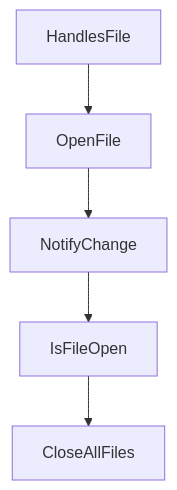
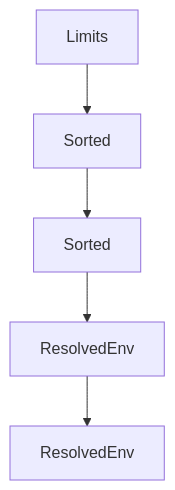
The diagram in tutorials/crush-tutorial/02-architecture-and-session-model.md (johnxie/awesome-code-docs), drawn with Mermaid before and after one commit. The commit also changed other lines of this file and 1232 other files, not shown here.

````diff
--- a/tutorials/crush-tutorial/02-architecture-and-session-model.md
+++ b/tutorials/crush-tutorial/02-architecture-and-session-model.md
@@ -230,12 +228,12 @@
 ```mermaid
 flowchart TD
-    A[HandlesFile]
-    B[OpenFile]
-    C[NotifyChange]
-    D[IsFileOpen]
-    E[CloseAllFiles]
+    A[Limits]
+    B[Sorted]
+    C[Sorted]
+    D[ResolvedEnv]
+    E[ResolvedEnv]
     A --> B
     B --> C
     C --> D
     D --> E
 ```
````
